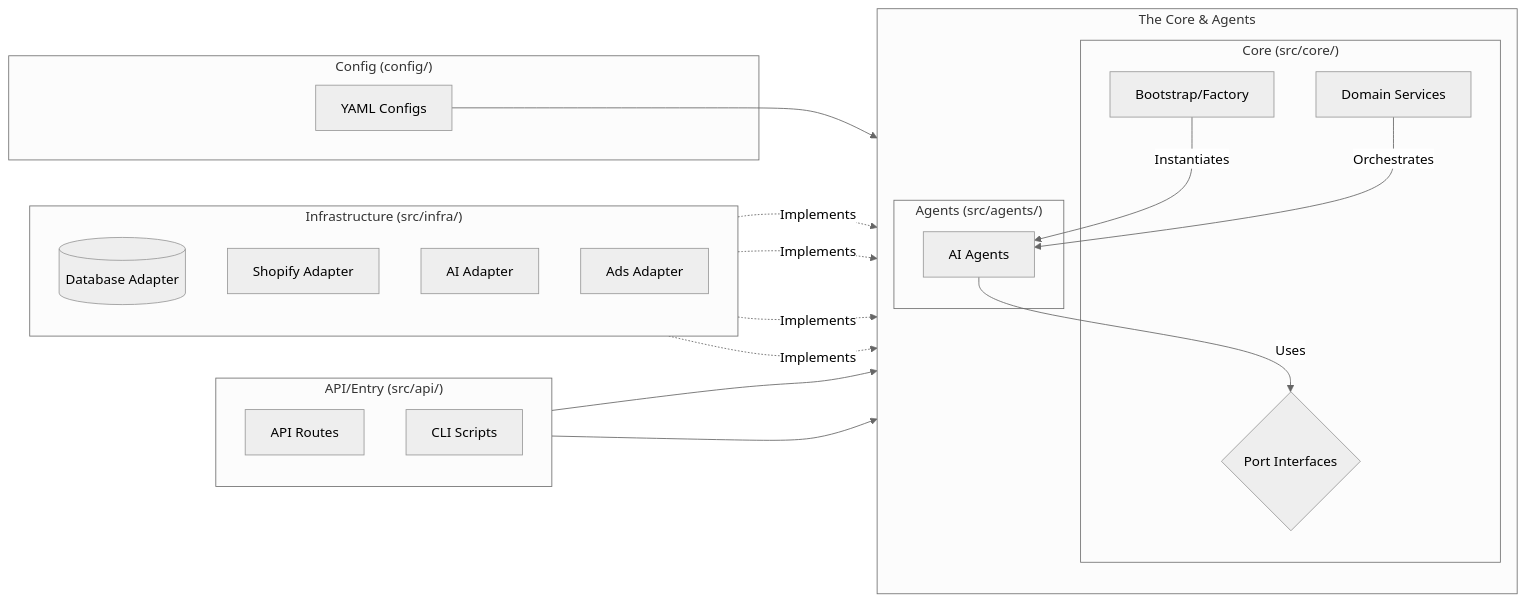
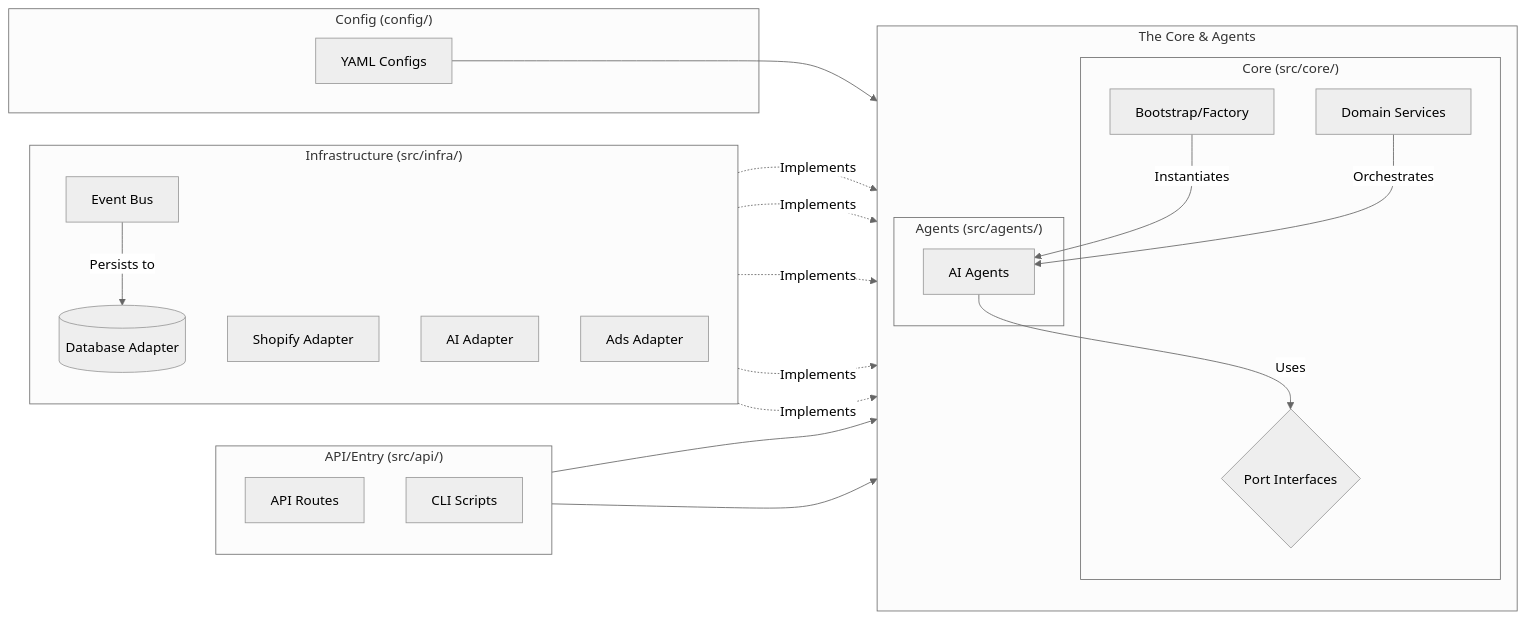
One commit to andylelli/ds1 changed the diagram in Documentation/Reference/ARCHITECTURE_REFERENCE.md. Above: the diagram before and after it, drawn with Mermaid (neutral theme). The commit also changed other lines of this file, not shown here.

````diff
--- a/Documentation/Reference/ARCHITECTURE_REFERENCE.md
+++ b/Documentation/Reference/ARCHITECTURE_REFERENCE.md
@@ -13,49 +13,53 @@
 ```mermaid
 graph LR
     subgraph ConfigLayer ["Config (config/)"]
         YAML[YAML Configs]
     end
 
     subgraph EntryLayer ["API/Entry (src/api/)"]
         direction TB
         API[API Routes]
         CLI[CLI Scripts]
     end
 
     subgraph Hexagon ["The Core & Agents"]
         direction TB
         
         subgraph Core ["Core (src/core/)"]
             Bootstrap[Bootstrap/Factory]
             Services[Domain Services]
             Ports{Port Interfaces}
         end
 
         subgraph AgentLayer ["Agents (src/agents/)"]
             AgentLogic[AI Agents]
         end
     end
 
     subgraph InfraLayer ["Infrastructure (src/infra/)"]
         direction TB
         DB[(Database Adapter)]
         Shopify[Shopify Adapter]
         LLM[AI Adapter]
         Ads[Ads Adapter]
+        EventBus[Event Bus]
     end
 
     %% Relationships
     YAML --> Bootstrap
     API --> Services
     CLI --> Services
     
     Bootstrap -->|Instantiates| AgentLogic
     Services -->|Orchestrates| AgentLogic
     
     AgentLogic -->|Uses| Ports
     
     DB -.->|Implements| Ports
     Shopify -.->|Implements| Ports
     LLM -.->|Implements| Ports
     Ads -.->|Implements| Ports
+    EventBus -.->|Implements| Ports
+    
+    EventBus -->|Persists to| DB
 ```
````
